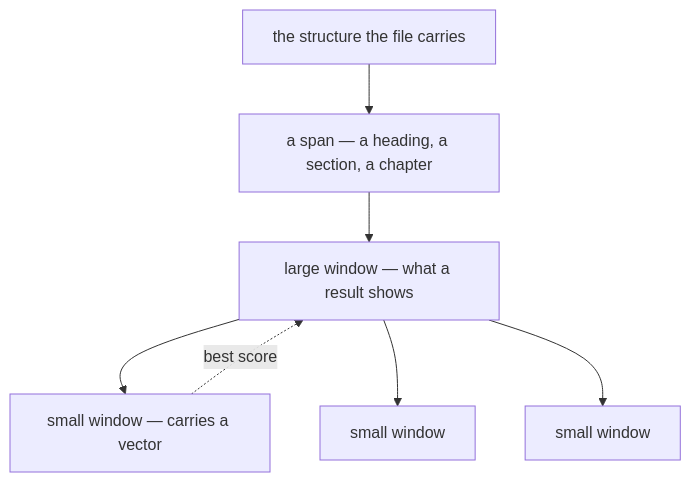
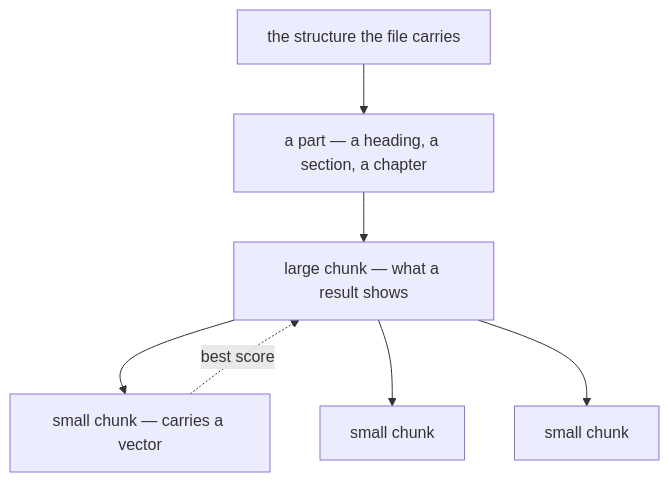
One commit to jiva-studio/numen changed the diagram in docs/adr/0011-text-is-cut-twice.md. Above: the diagram before and after it, drawn with Mermaid. The commit also changed other lines of this file and 98 other files, not shown here.

````diff
--- a/docs/adr/0011-text-is-cut-twice.md
+++ b/docs/adr/0011-text-is-cut-twice.md
@@ -18,16 +18,16 @@
 ```mermaid
 graph TD
     F["the structure the file carries"]
-    S["a span — a heading, a section, a chapter"]
-    L["large window — what a result shows"]
-    W1["small window — carries a vector"]
-    W2["small window"]
-    W3["small window"]
+    P["a part — a heading, a section, a chapter"]
+    L["large chunk — what a result shows"]
+    C1["small chunk — carries a vector"]
+    C2["small chunk"]
+    C3["small chunk"]
 
-    F --> S
-    S --> L
-    L --> W1
-    L --> W2
-    L --> W3
-    W1 -.best score.-> L
+    F --> P
+    P --> L
+    L --> C1
+    L --> C2
+    L --> C3
+    C1 -.best score.-> L
 ```
````
